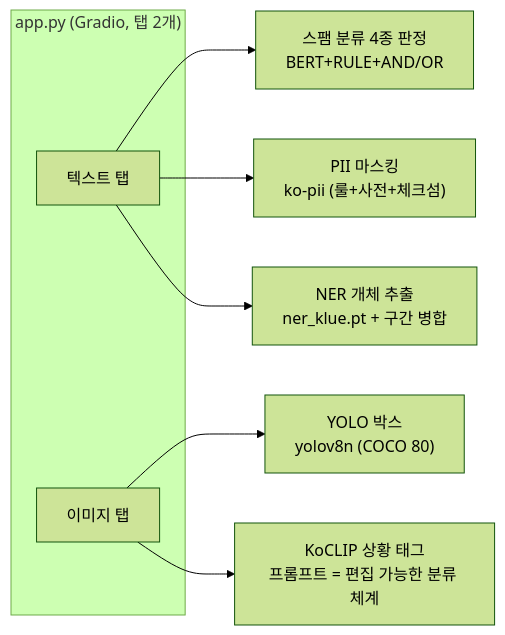
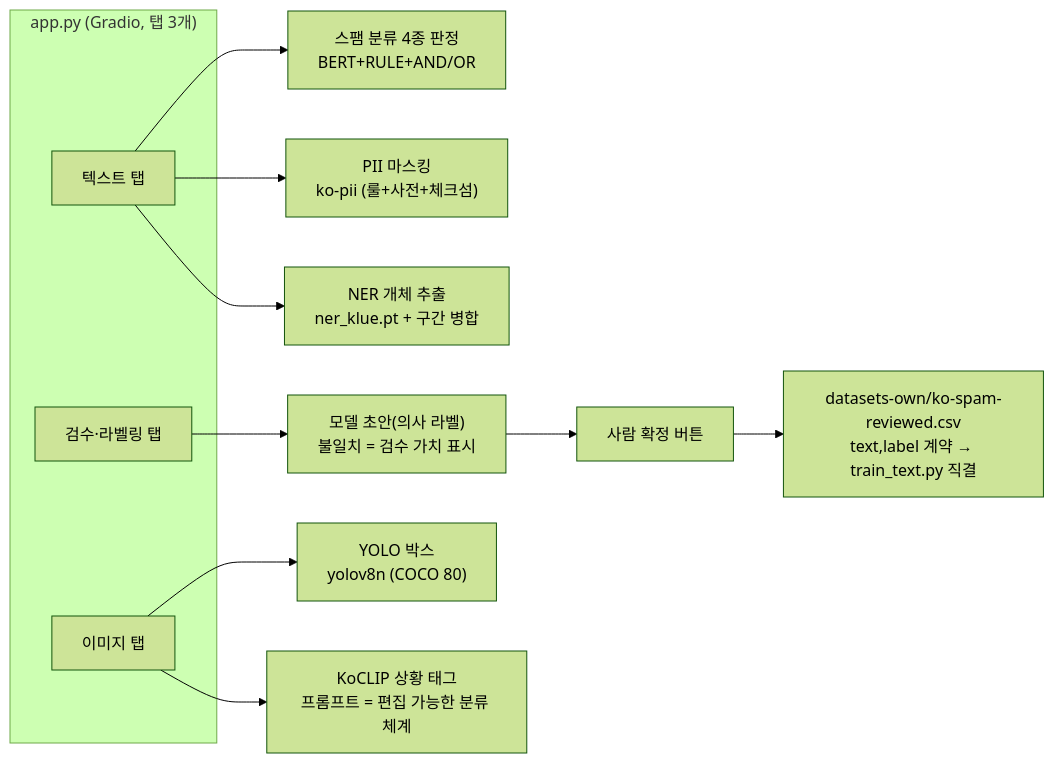
One commit to hyoungwonkang/python_prac_with_obsidian changed the diagram in 30-References/rnd-uxui-demo/01-구성도.md. Above: the diagram before and after it, drawn with Mermaid (forest theme). The commit also changed other lines of this file and 2 other files, not shown here.

First line of the commit message:
feat(rnd-uxui-demo): 검수·라벨링 탭 — 순환도 마지막 화살표(검수→편입)의 UI 실체화

````diff
--- a/30-References/rnd-uxui-demo/01-구성도.md
+++ b/30-References/rnd-uxui-demo/01-구성도.md
@@ -7,12 +7,15 @@
 ```mermaid
 flowchart LR
-    subgraph UI["app.py (Gradio, 탭 2개)"]
+    subgraph UI["app.py (Gradio, 탭 3개)"]
         T["텍스트 탭"]
+        R["검수·라벨링 탭"]
         I["이미지 탭"]
     end
     T --> C["스팸 분류 4종 판정<br/>BERT+RULE+AND/OR"]
     T --> P["PII 마스킹<br/>ko-pii (룰+사전+체크섬)"]
     T --> N["NER 개체 추출<br/>ner_klue.pt + 구간 병합"]
+    R --> D["모델 초안(의사 라벨)<br/>불일치 = 검수 가치 표시"]
+    D --> H["사람 확정 버튼"] --> A["datasets-own/ko-spam-reviewed.csv<br/>text,label 계약 → train_text.py 직결"]
     I --> Y["YOLO 박스<br/>yolov8n (COCO 80)"]
     I --> K["KoCLIP 상황 태그<br/>프롬프트 = 편집 가능한 분류 체계"]
 ```
````
